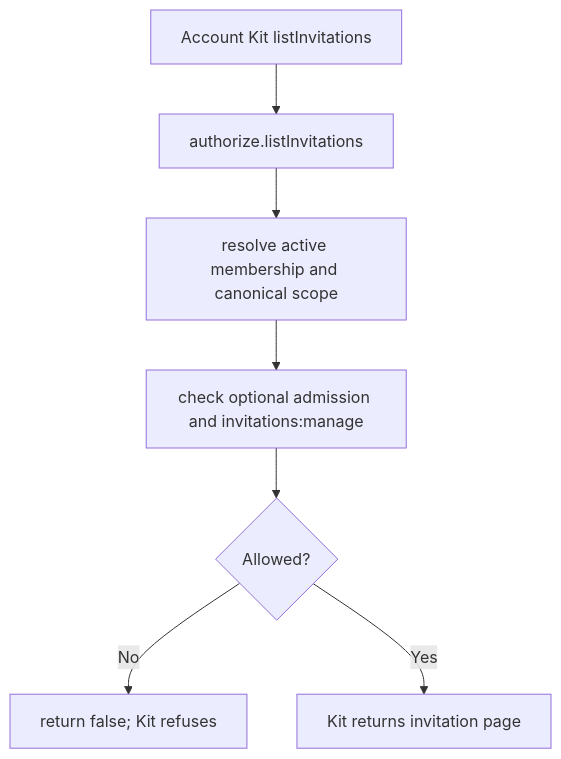
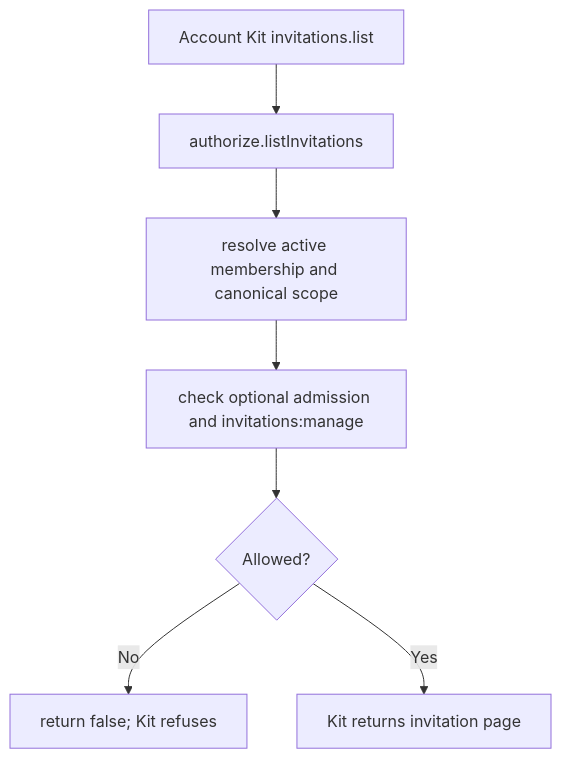
One commit to Kevinjohn/oss-adonisjs-access-control changed the second of 2 diagrams in user-stories/US-ACCESS-17-manage-pending-invitations.md. Above: the diagram before and after it, drawn with Mermaid. The commit also changed other lines of this file and 19 other files, not shown here.

````diff
--- a/user-stories/US-ACCESS-17-manage-pending-invitations.md
+++ b/user-stories/US-ACCESS-17-manage-pending-invitations.md
@@ -30,9 +31,9 @@
 ```mermaid
 flowchart TD
-    A["Account Kit listInvitations"] --> B["authorize.listInvitations"]
+    A["Account Kit invitations.list"] --> B["authorize.listInvitations"]
     B --> C["resolve active membership and canonical scope"]
     C --> D["check optional admission and invitations:manage"]
     D --> E{"Allowed?"}
     E -->|No| F["return false; Kit refuses"]
     E -->|Yes| G["Kit returns invitation page"]
 ```
````
